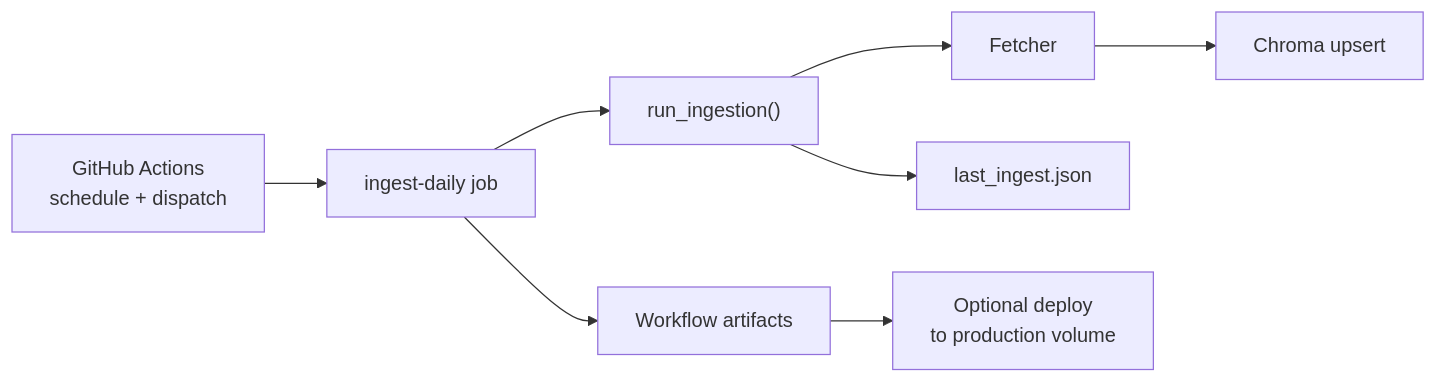
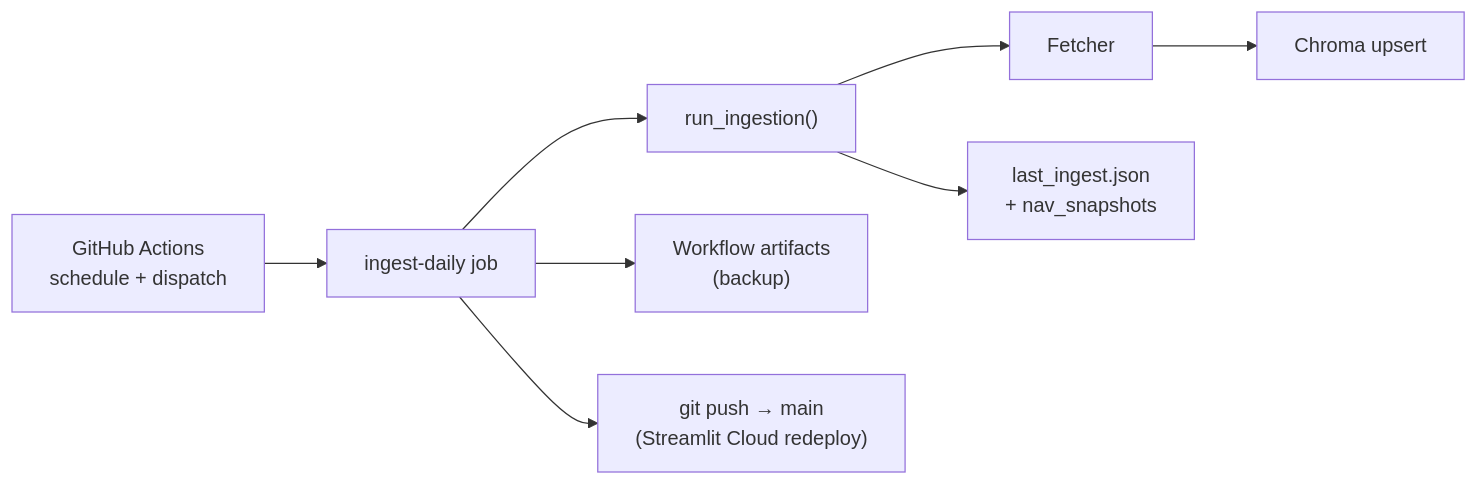
Before and after one commit to DILIP8PATIDAR/mutual_fund_RAG: the second of 3 diagrams in docs/ImplementationPlan.md, drawn with Mermaid. The commit also changed other lines of this file and 9 other files, not shown here.

First line of the commit message:
Fix stale NAV by auto-committing refreshed corpus from daily ingest.

````diff
--- a/docs/ImplementationPlan.md
+++ b/docs/ImplementationPlan.md
@@ -688,18 +688,18 @@
 ```mermaid
 flowchart LR
     GHA["GitHub Actions\nschedule + dispatch"]
     Job["ingest-daily job"]
     Pipe["run_ingestion()"]
     Fetch["Fetcher"]
     Index["Chroma upsert"]
-    Manifest["last_ingest.json"]
-    Artifacts["Workflow artifacts"]
-    Deploy["Optional deploy\nto production volume"]
+    Manifest["last_ingest.json\n+ nav_snapshots"]
+    Artifacts["Workflow artifacts\n(backup)"]
+    GitPush["git push → main\n(Streamlit Cloud redeploy)"]
 
     GHA --> Job
     Job --> Pipe
     Pipe --> Fetch --> Index
     Pipe --> Manifest
+    Job --> GitPush
     Job --> Artifacts
-    Artifacts --> Deploy
 ```
````
